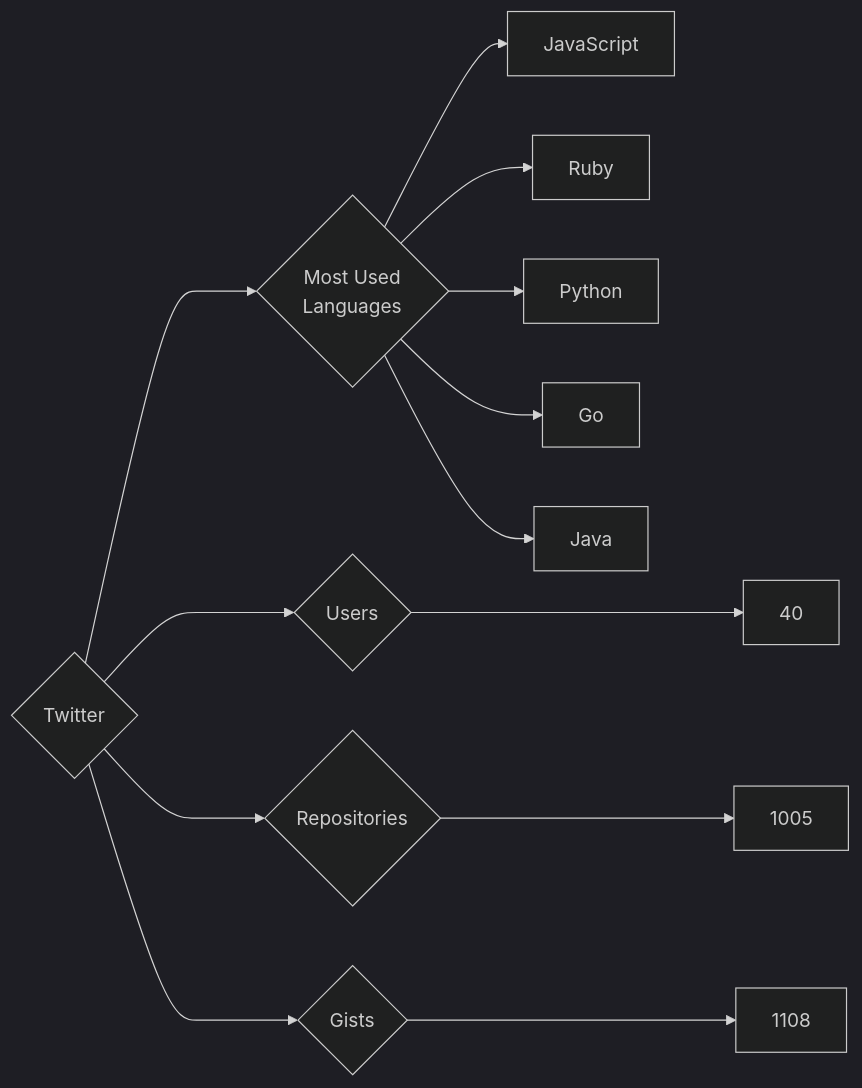
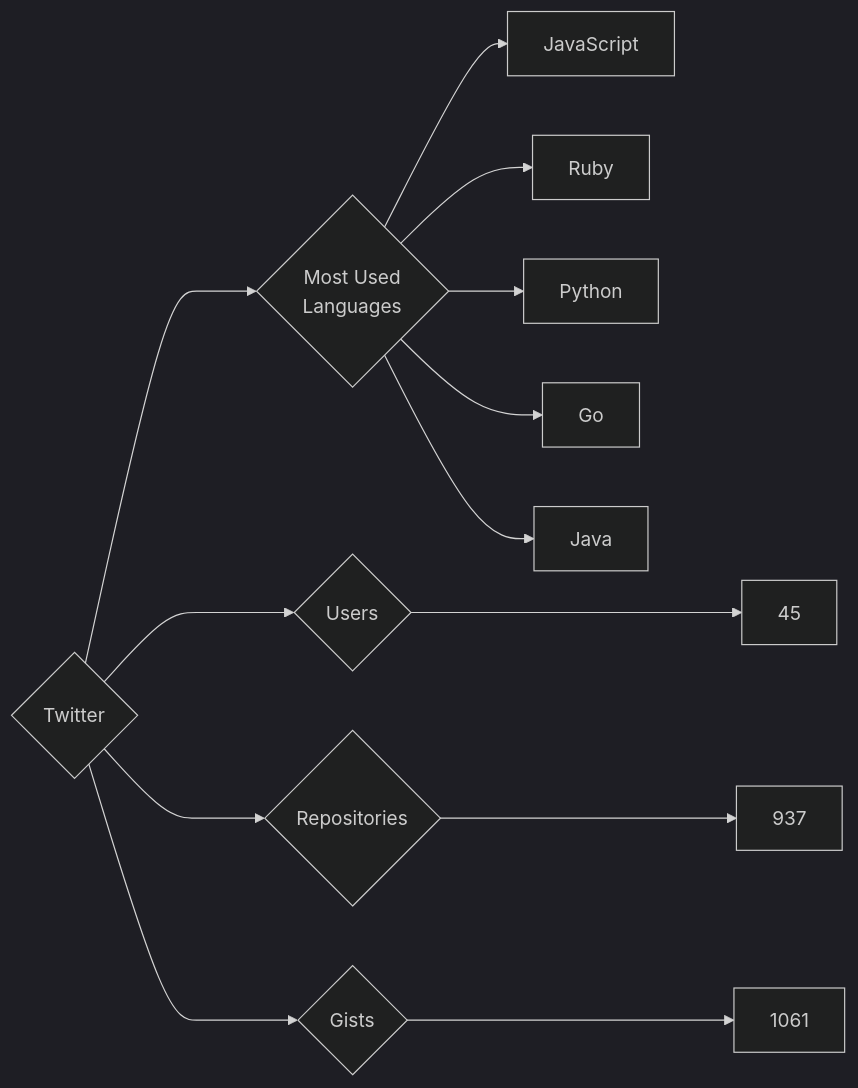
Before and after one commit to trickest/insiders: the diagram in targets/Twitter/README.md, drawn with Mermaid (dark theme). The commit also changed 995 other files, not shown here.

````diff
--- a/targets/Twitter/README.md
+++ b/targets/Twitter/README.md
@@ -3,13 +3,13 @@
 ```mermaid
 graph LR
 COMPANY_NAME{Twitter}
-COMPANY_NAME ---> U{Users} ---> UN[40]
-COMPANY_NAME ---> R{Repositories} ---> RN[1005]
-COMPANY_NAME ---> G{Gists} ---> GN[1108]
+COMPANY_NAME ---> U{Users} ---> UN[45]
+COMPANY_NAME ---> R{Repositories} ---> RN[937]
+COMPANY_NAME ---> G{Gists} ---> GN[1061]
 COMPANY_NAME ---> ML{Most Used<br>Languages}
 ML --> JavaScript[JavaScript]
 ML --> Ruby[Ruby]
 ML --> Python[Python]
 ML --> Go[Go]
 ML --> Java[Java]
 ```
````
